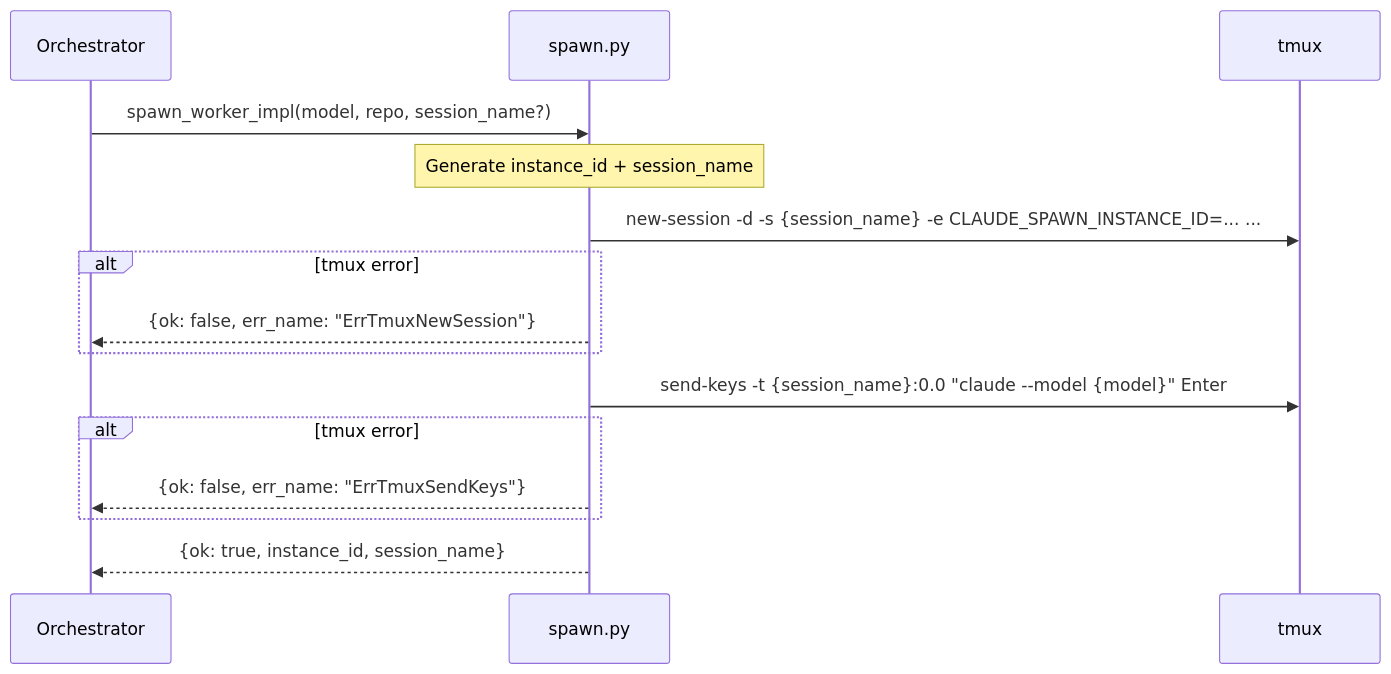
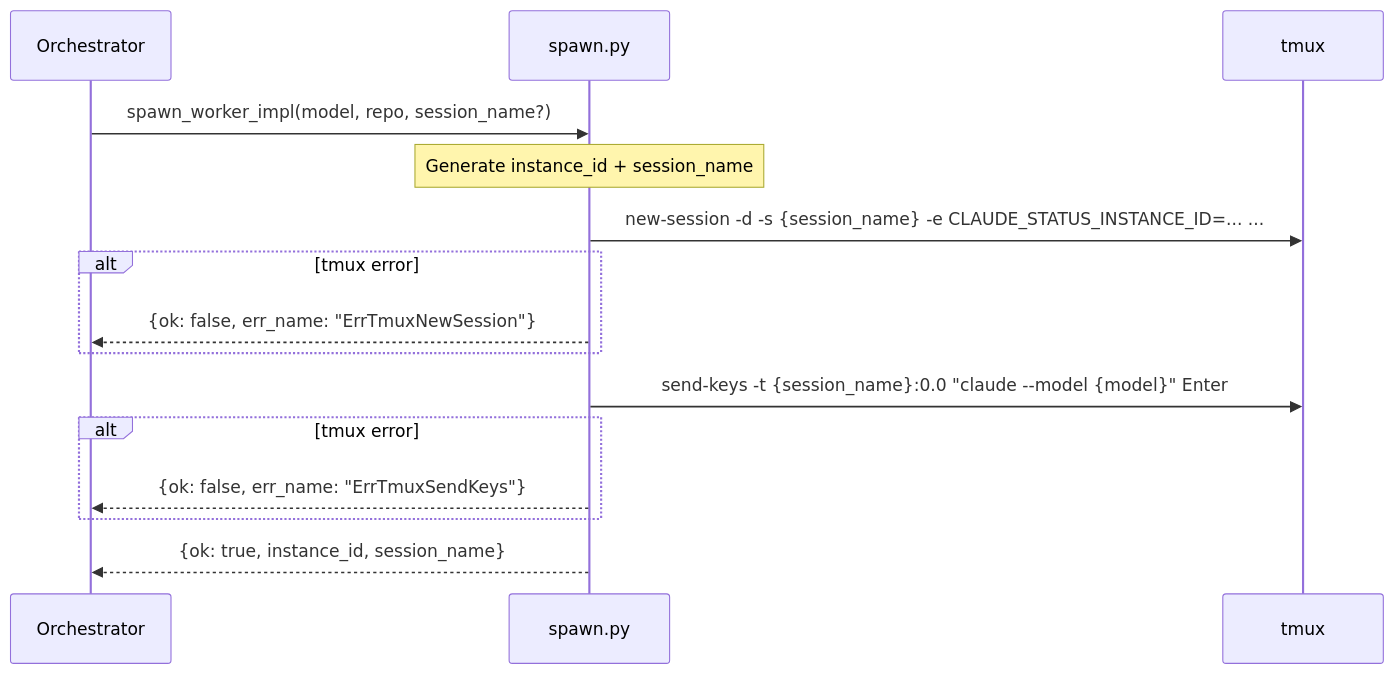
The diagram in docs/architecture/spawn_worker.md (gabemahoney/waggle), drawn with Mermaid before and after one commit. The commit also changed other lines of this file and 1 other file, not shown here.

Commit message:
Address remaining doc-review nits from b.fkb
docs/architecture/spawn_worker.md — fix env-var names in the Flow
section and the sequence diagram. Earlier text listed CLAUDE_SPAWN_*
symbolic names; the actual names are CLAUDE_STATUS_INSTANCE_ID,
CLAUDE_STATUS_RELAY_MODE, CLAUDE_STATUS_AUQ_MODE, and four
CLAUDE_STATUS_LABEL_CLAUDE_SPAWN_* label vars (per
_REQUIRED_ENV_VARS in src/claude_spawn/spawn.py).

docs/migration.md Step 1 — replace the awkward "do not re-create them
under any new name" closing line with a clearer statement: the listed
paths existed only under the earlier distribution; Claude Spawn does
not install a systemd unit.

docs/migration.md Step 3 — make the state-directory path concrete by
using ~/.<prior-tool-name>/ as a substitution template and adding a
short prose hint, instead of the opaque <daemon-state-dir>/ placeholder.
Still complies with SR-9.3 (no literal old-name).

````diff
--- a/docs/architecture/spawn_worker.md
+++ b/docs/architecture/spawn_worker.md
@@ -38,21 +38,21 @@
 ```mermaid
 sequenceDiagram
     participant O as Orchestrator
     participant S as spawn.py
     participant TX as tmux
 
     O->>S: spawn_worker_impl(model, repo, session_name?)
 
     Note over S: Generate instance_id + session_name
-    S->>TX: new-session -d -s {session_name} -e CLAUDE_SPAWN_INSTANCE_ID=... ...
+    S->>TX: new-session -d -s {session_name} -e CLAUDE_STATUS_INSTANCE_ID=... ...
     alt tmux error
         S-->>O: {ok: false, err_name: "ErrTmuxNewSession"}
     end
 
     S->>TX: send-keys -t {session_name}:0.0 "claude --model {model}" Enter
     alt tmux error
         S-->>O: {ok: false, err_name: "ErrTmuxSendKeys"}
     end
 
     S-->>O: {ok: true, instance_id, session_name}
 ```
````
